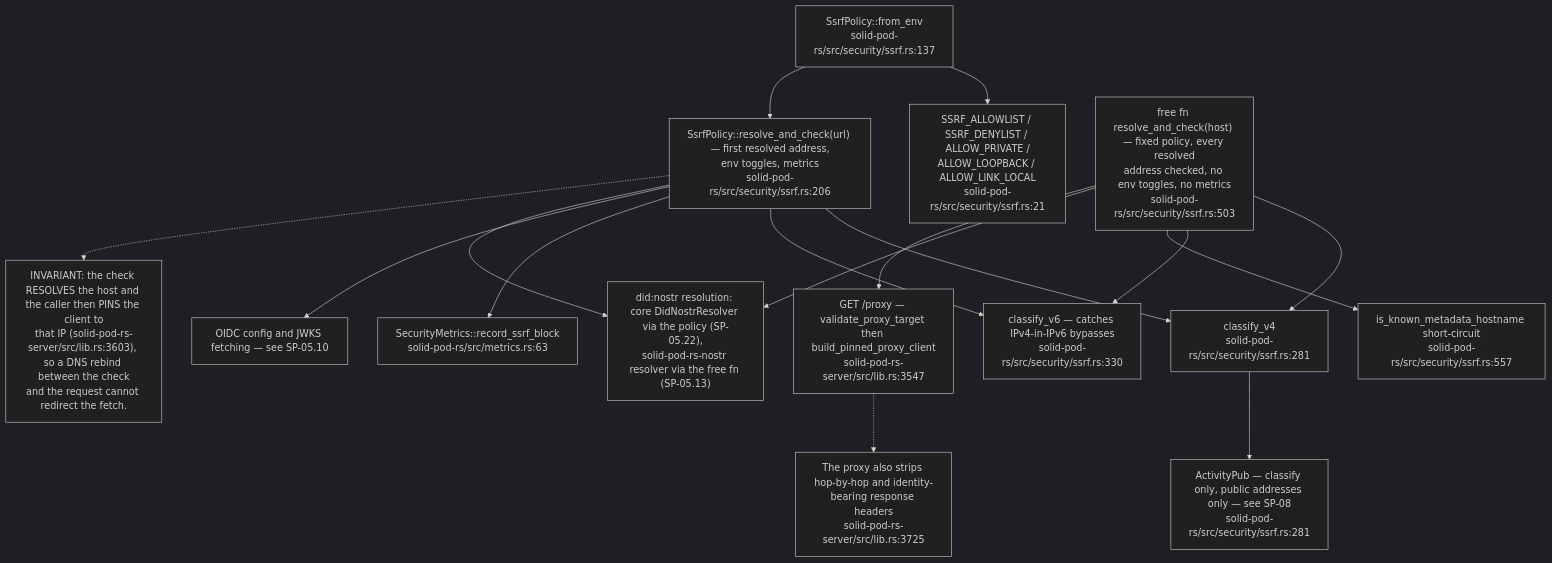
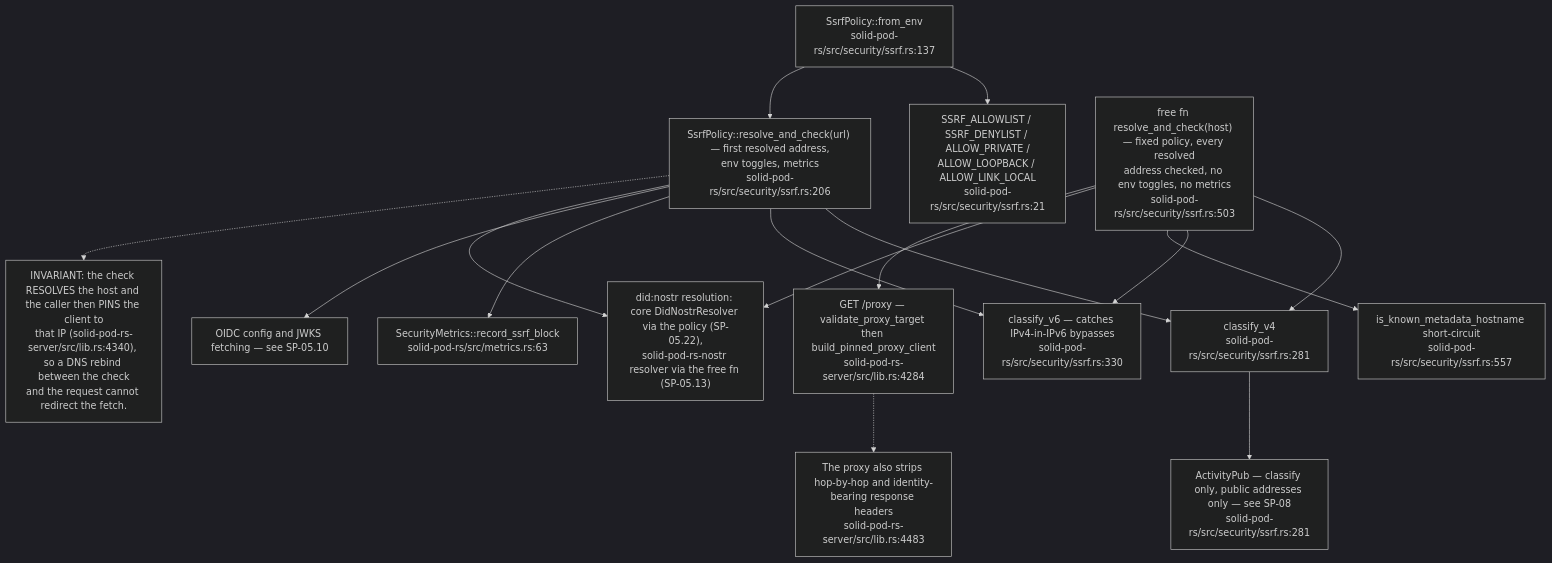
Before and after one commit to DreamLab-AI/VisionFlow: the ninth of 12 diagrams in docs/diagrams/solid-pod-rs/06-storage-quota-and-git-pods.md, drawn with Mermaid (dark theme). The commit also changed other lines of this file and 1 other file, not shown here.

First line of the commit message:
docs(diagrams): SP-02, SP-06 re-verified at solid-pod-rs a28a748

````diff
--- a/docs/diagrams/solid-pod-rs/06-storage-quota-and-git-pods.md
+++ b/docs/diagrams/solid-pod-rs/06-storage-quota-and-git-pods.md
@@ -235,33 +280,33 @@
 ```mermaid
 flowchart TD
     P["SsrfPolicy::from_env<br/>solid-pod-rs/src/security/ssrf.rs:137"]
     ENV["SSRF_ALLOWLIST / SSRF_DENYLIST / ALLOW_PRIVATE /<br/>ALLOW_LOOPBACK / ALLOW_LINK_LOCAL<br/>solid-pod-rs/src/security/ssrf.rs:21"]
     RC["SsrfPolicy::resolve_and_check(url) — first resolved address,<br/>env toggles, metrics<br/>solid-pod-rs/src/security/ssrf.rs:206"]
     C4["classify_v4<br/>solid-pod-rs/src/security/ssrf.rs:281"]
     C6["classify_v6 — catches IPv4-in-IPv6 bypasses<br/>solid-pod-rs/src/security/ssrf.rs:330"]
     FREE["free fn resolve_and_check(host) — fixed policy, every resolved<br/>address checked, no env toggles, no metrics<br/>solid-pod-rs/src/security/ssrf.rs:503"]
     META["is_known_metadata_hostname short-circuit<br/>solid-pod-rs/src/security/ssrf.rs:557"]
     M["SecurityMetrics::record_ssrf_block<br/>solid-pod-rs/src/metrics.rs:63"]
     USE1["OIDC config and JWKS fetching — see SP-05.10"]
     USE2["did:nostr resolution: core DidNostrResolver via the policy (SP-05.22),<br/>solid-pod-rs-nostr resolver via the free fn (SP-05.13)"]
-    USE3["GET /proxy — validate_proxy_target then build_pinned_proxy_client<br/>solid-pod-rs-server/src/lib.rs:3547"]
+    USE3["GET /proxy — validate_proxy_target then build_pinned_proxy_client<br/>solid-pod-rs-server/src/lib.rs:4284"]
     USE4["ActivityPub — classify only, public addresses only — see SP-08<br/>solid-pod-rs/src/security/ssrf.rs:281"]
 
     P --> ENV
     P --> RC --> C4
     RC --> C6
     RC --> M
     FREE --> C4
     FREE --> C6
     FREE --> META
     RC --> USE1
     RC --> USE2
     FREE --> USE2
     FREE --> USE3
     C4 --> USE4
 
-    N["INVARIANT: the check RESOLVES the host and the caller then PINS the client to<br/>that IP (solid-pod-rs-server/src/lib.rs:3603), so a DNS rebind between the check<br/>and the request cannot redirect the fetch."]
+    N["INVARIANT: the check RESOLVES the host and the caller then PINS the client to<br/>that IP (solid-pod-rs-server/src/lib.rs:4340), so a DNS rebind between the check<br/>and the request cannot redirect the fetch."]
     RC -.-> N
-    N2["The proxy also strips hop-by-hop and identity-bearing response headers<br/>solid-pod-rs-server/src/lib.rs:3725"]
+    N2["The proxy also strips hop-by-hop and identity-bearing response headers<br/>solid-pod-rs-server/src/lib.rs:4483"]
     USE3 -.-> N2
 ```
````
